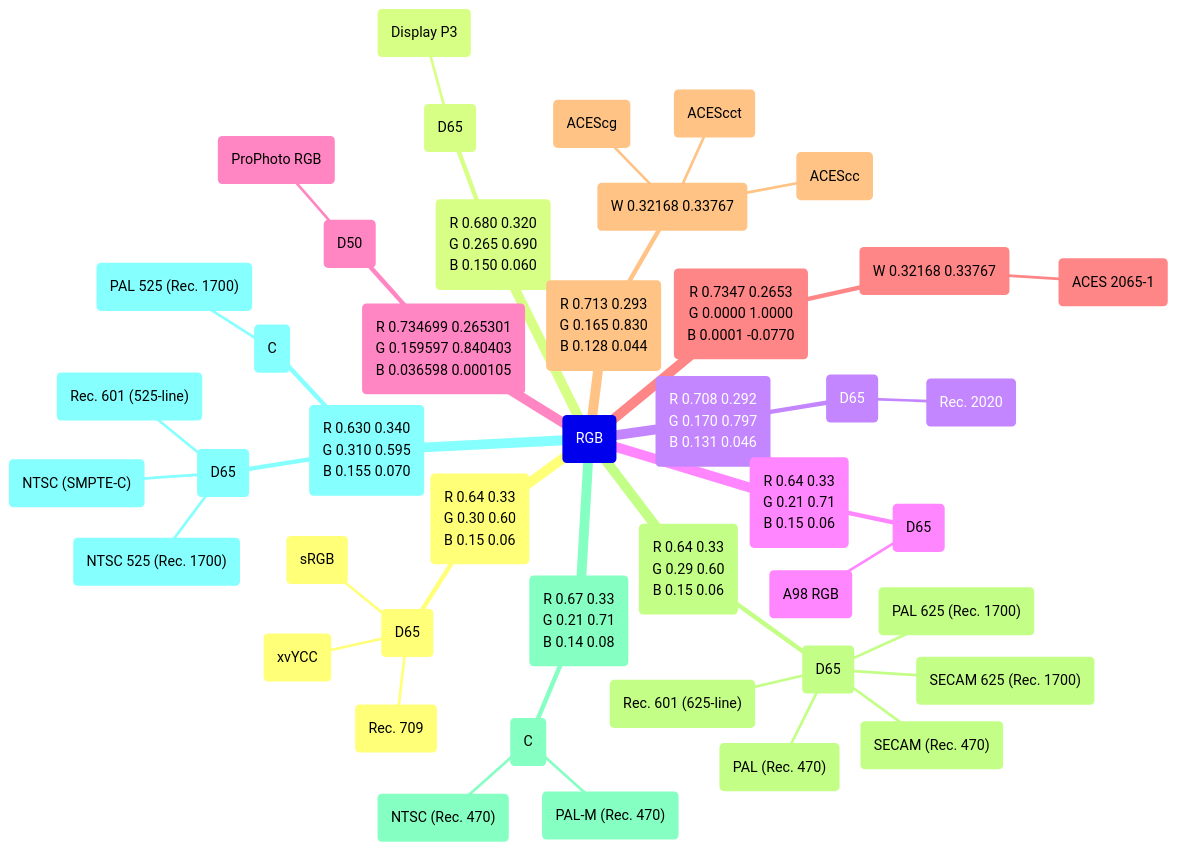
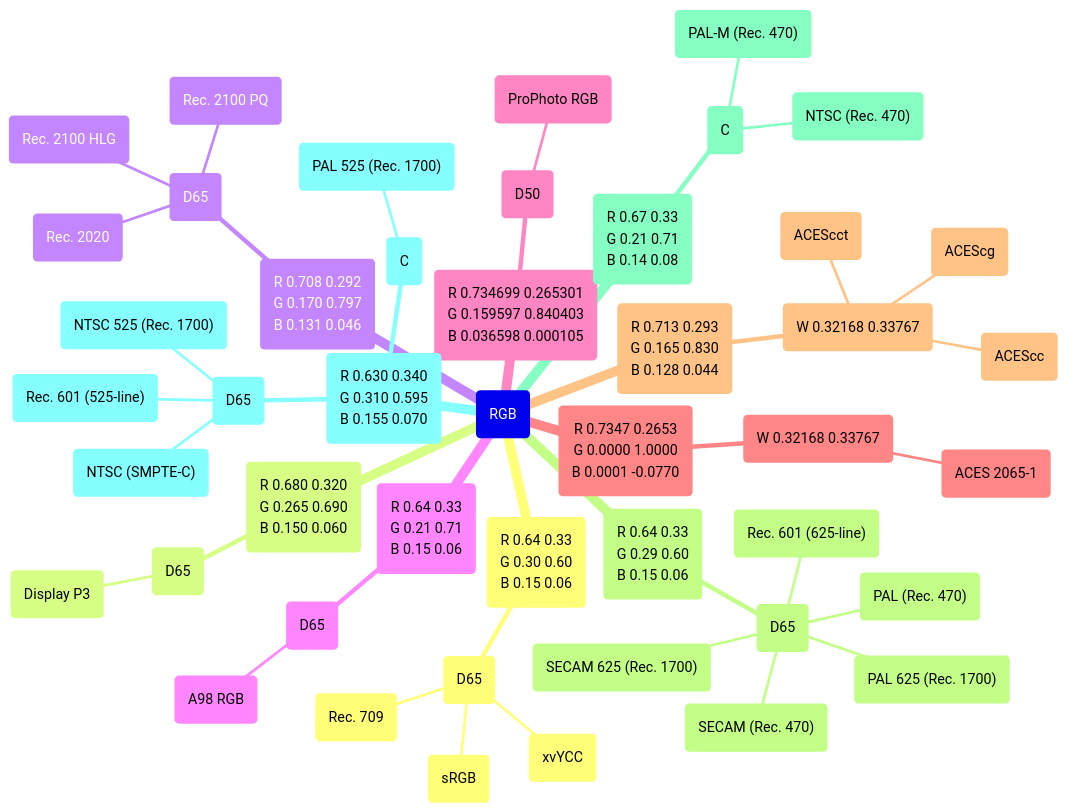
Before and after one commit to waacton/Unicolour: the second of 2 diagrams in Unicolour.Readme/README.md, drawn with Mermaid. The commit also changed other lines of this file and 47 other files, not shown here.

Commit message:
Add Rec. 2100 PQ & Rec. 2100 HLG defaults

````diff
--- a/Unicolour.Readme/README.md
+++ b/Unicolour.Readme/README.md
@@ -543,47 +545,49 @@
 ```mermaid
 mindmap
   root(RGB)
     ("R 0.64 0.33<br>G 0.30 0.60<br>B 0.15 0.06")
       ("D65")
         ("sRGB")
         ("Rec. 709")
         ("xvYCC")
     ("R 0.680 0.320<br>G 0.265 0.690<br>B 0.150 0.060")
       ("D65")
-            ("Display P3")
+        ("Display P3")
     ("R 0.708 0.292<br>G 0.170 0.797<br>B 0.131 0.046")
       ("D65")
         ("Rec. 2020")
+        ("Rec. 2100 PQ")
+        ("Rec. 2100 HLG")
     ("R 0.64 0.33<br>G 0.21 0.71<br>B 0.15 0.06")
       ("D65")
         ("A98 RGB")
     ("R 0.734699 0.265301<br>G 0.159597 0.840403<br>B 0.036598 0.000105")
       ("D50")
         ("ProPhoto RGB")
     ("R 0.7347 0.2653<br>G 0.0000 1.0000<br>B 0.0001 -0.0770")
       ("W 0.32168 0.33767")
         ("ACES 2065-1")
     ("R 0.713 0.293<br>G 0.165 0.830<br>B 0.128 0.044")
       ("W 0.32168 0.33767")
         ("ACEScg")
         ("ACEScct")
         ("ACEScc")
     ("R 0.64 0.33<br>G 0.29 0.60<br>B 0.15 0.06")
       ("D65")
         ("Rec. 601 (625-line)")
         ("PAL (Rec. 470)")
         ("PAL 625 (Rec. 1700)")
         ("SECAM (Rec. 470)")
         ("SECAM 625 (Rec. 1700)")
     ("R 0.67 0.33<br>G 0.21 0.71<br>B 0.14 0.08")
       ("C")
         ("PAL-M (Rec. 470)")
         ("NTSC (Rec. 470)")
     ("R 0.630 0.340<br>G 0.310 0.595<br>B 0.155 0.070")
       ("C")
         ("PAL 525 (Rec. 1700)")
       ("D65")
         ("Rec. 601 (525-line)")
         ("NTSC (SMPTE-C)")
         ("NTSC 525 (Rec. 1700)")
 ```
````
